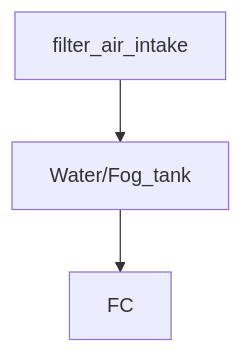
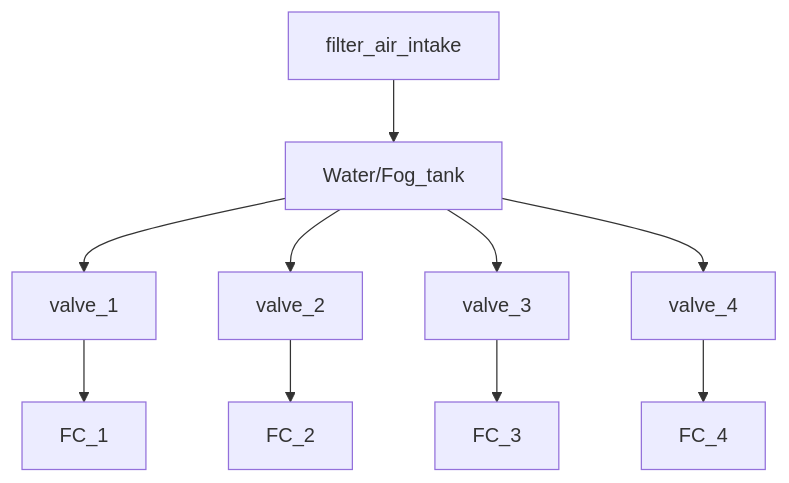
Before and after one commit to StevenAndrewsII/Fung_OS: the third of 3 diagrams in README.md, drawn with Mermaid.

````diff
--- a/README.md
+++ b/README.md
@@ -135,6 +135,9 @@
 ```mermaid
 graph TD;
-   filter_air_intake-->Water/Fog_tank-->FC;
+   filter_air_intake-->Water/Fog_tank-->valve_1 -->FC_1;
+   Water/Fog_tank-->valve_2-->FC_2;
+   Water/Fog_tank-->valve_3-->FC_3;
+   Water/Fog_tank-->valve_4-->FC_4;
 
   
 ```
````
